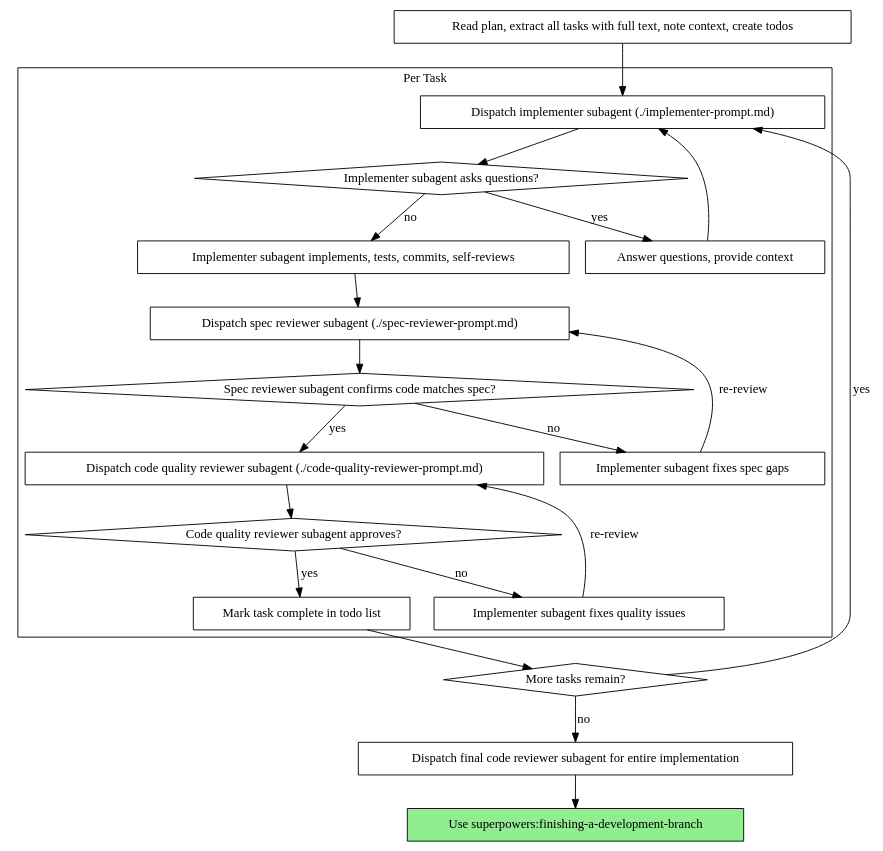
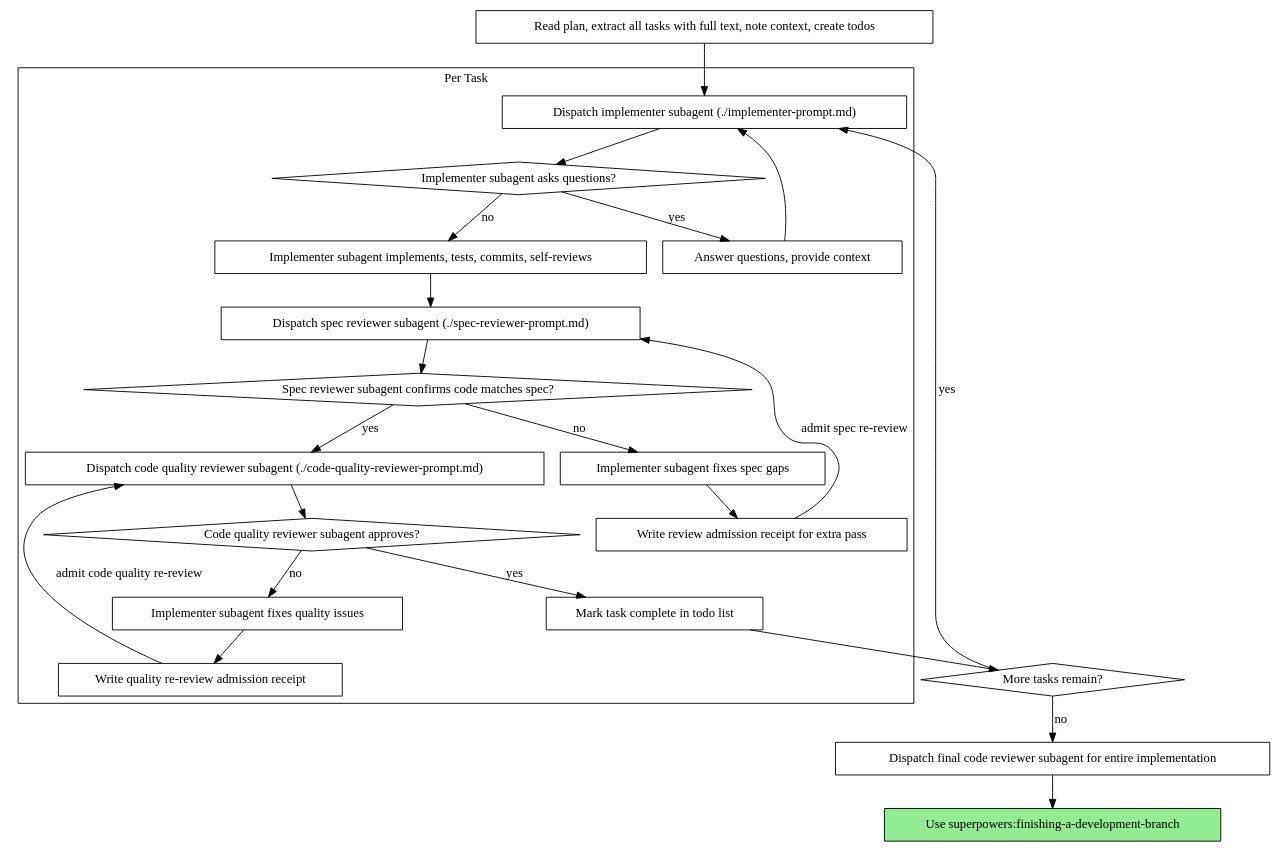
Before and after one commit to obra/superpowers: the second of 2 diagrams in skills/subagent-driven-development/SKILL.md, drawn with Graphviz. The commit also changed other lines of this file and 3 other files, not shown here.

Commit message:
docs: add SDD review admission receipts

````diff
--- a/skills/subagent-driven-development/SKILL.md
+++ b/skills/subagent-driven-development/SKILL.md
@@ -44,44 +44,48 @@
 ```dot
 digraph process {
     rankdir=TB;
 
     subgraph cluster_per_task {
         label="Per Task";
         "Dispatch implementer subagent (./implementer-prompt.md)" [shape=box];
         "Implementer subagent asks questions?" [shape=diamond];
         "Answer questions, provide context" [shape=box];
         "Implementer subagent implements, tests, commits, self-reviews" [shape=box];
         "Dispatch spec reviewer subagent (./spec-reviewer-prompt.md)" [shape=box];
         "Spec reviewer subagent confirms code matches spec?" [shape=diamond];
         "Implementer subagent fixes spec gaps" [shape=box];
+        "Write review admission receipt for extra pass" [shape=box];
         "Dispatch code quality reviewer subagent (./code-quality-reviewer-prompt.md)" [shape=box];
         "Code quality reviewer subagent approves?" [shape=diamond];
         "Implementer subagent fixes quality issues" [shape=box];
+        "Write quality re-review admission receipt" [shape=box];
         "Mark task complete in todo list" [shape=box];
     }
 
     "Read plan, extract all tasks with full text, note context, create todos" [shape=box];
     "More tasks remain?" [shape=diamond];
     "Dispatch final code reviewer subagent for entire implementation" [shape=box];
     "Use superpowers:finishing-a-development-branch" [shape=box style=filled fillcolor=lightgreen];
 
     "Read plan, extract all tasks with full text, note context, create todos" -> "Dispatch implementer subagent (./implementer-prompt.md)";
     "Dispatch implementer subagent (./implementer-prompt.md)" -> "Implementer subagent asks questions?";
     "Implementer subagent asks questions?" -> "Answer questions, provide context" [label="yes"];
     "Answer questions, provide context" -> "Dispatch implementer subagent (./implementer-prompt.md)";
     "Implementer subagent asks questions?" -> "Implementer subagent implements, tests, commits, self-reviews" [label="no"];
     "Implementer subagent implements, tests, commits, self-reviews" -> "Dispatch spec reviewer subagent (./spec-reviewer-prompt.md)";
     "Dispatch spec reviewer subagent (./spec-reviewer-prompt.md)" -> "Spec reviewer subagent confirms code matches spec?";
     "Spec reviewer subagent confirms code matches spec?" -> "Implementer subagent fixes spec gaps" [label="no"];
-    "Implementer subagent fixes spec gaps" -> "Dispatch spec reviewer subagent (./spec-reviewer-prompt.md)" [label="re-review"];
+    "Implementer subagent fixes spec gaps" -> "Write review admission receipt for extra pass";
+    "Write review admission receipt for extra pass" -> "Dispatch spec reviewer subagent (./spec-reviewer-prompt.md)" [label="admit spec re-review"];
     "Spec reviewer subagent confirms code matches spec?" -> "Dispatch code quality reviewer subagent (./code-quality-reviewer-prompt.md)" [label="yes"];
     "Dispatch code quality reviewer subagent (./code-quality-reviewer-prompt.md)" -> "Code quality reviewer subagent approves?";
     "Code quality reviewer subagent approves?" -> "Implementer subagent fixes quality issues" [label="no"];
-    "Implementer subagent fixes quality issues" -> "Dispatch code quality reviewer subagent (./code-quality-reviewer-prompt.md)" [label="re-review"];
+    "Implementer subagent fixes quality issues" -> "Write quality re-review admission receipt";
+    "Write quality re-review admission receipt" -> "Dispatch code quality reviewer subagent (./code-quality-reviewer-prompt.md)" [label="admit code quality re-review"];
     "Code quality reviewer subagent approves?" -> "Mark task complete in todo list" [label="yes"];
     "Mark task complete in todo list" -> "More tasks remain?";
     "More tasks remain?" -> "Dispatch implementer subagent (./implementer-prompt.md)" [label="yes"];
     "More tasks remain?" -> "Dispatch final code reviewer subagent for entire implementation" [label="no"];
     "Dispatch final code reviewer subagent for entire implementation" -> "Use superpowers:finishing-a-development-branch";
 }
 ```
````
